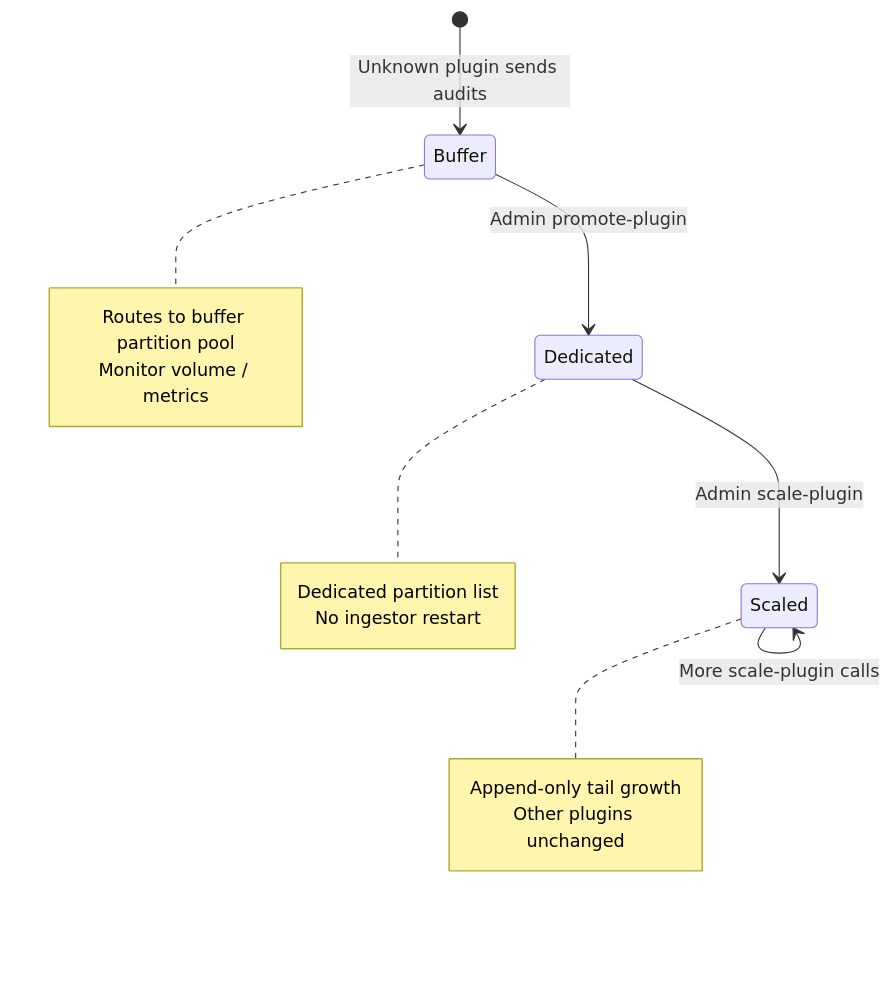
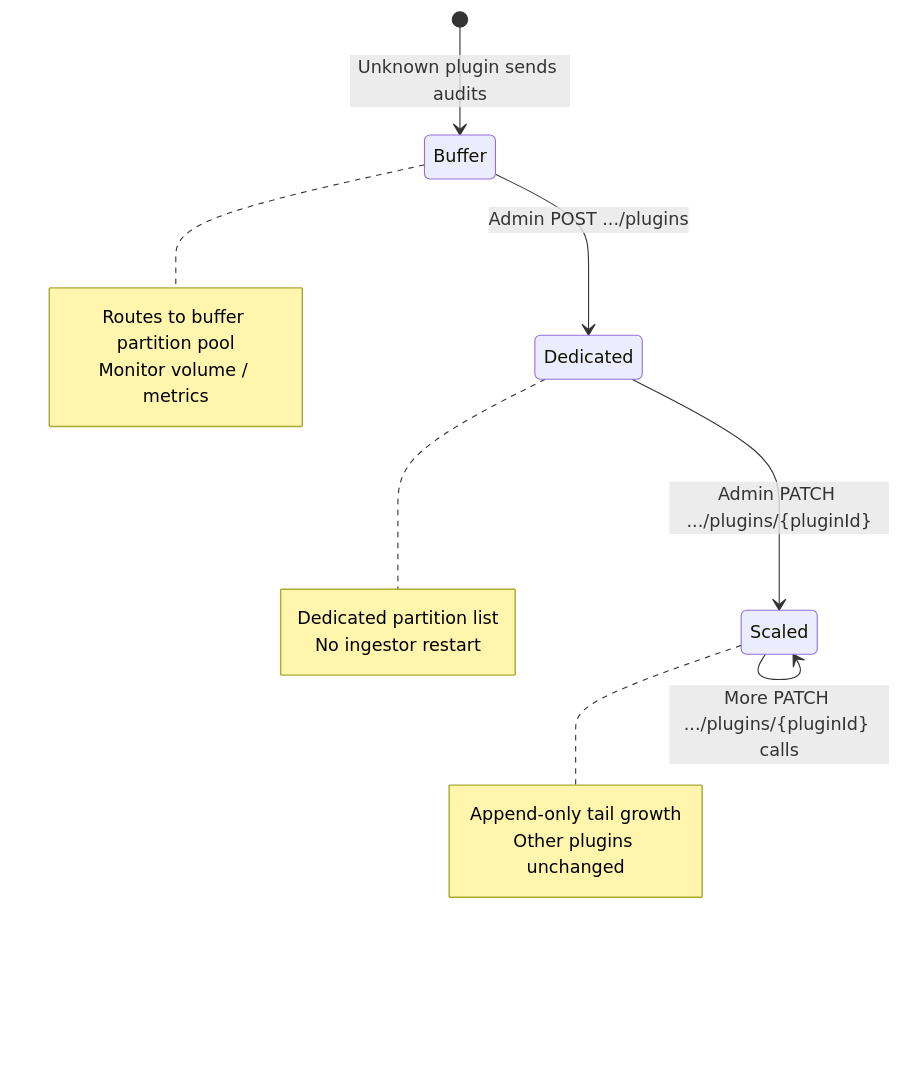
Before and after one commit to ramackri/ranger: the seventh of 10 diagrams in audit-server/DESIGN-KAFKA-DYNAMIC-PARTITIONING.md, drawn with Mermaid. The commit also changed other lines of this file and 50 other files, not shown here.

````diff
--- a/audit-server/DESIGN-KAFKA-DYNAMIC-PARTITIONING.md
+++ b/audit-server/DESIGN-KAFKA-DYNAMIC-PARTITIONING.md
@@ -357,22 +358,22 @@
 ```mermaid
 stateDiagram-v2
   [*] --> Buffer: Unknown plugin sends audits
-  Buffer --> Dedicated: Admin promote-plugin
-  Dedicated --> Scaled: Admin scale-plugin
-  Scaled --> Scaled: More scale-plugin calls
+  Buffer --> Dedicated: Admin POST .../plugins
+  Dedicated --> Scaled: Admin PATCH .../plugins/{pluginId}
+  Scaled --> Scaled: More PATCH .../plugins/{pluginId} calls
 
   note right of Buffer
     Routes to buffer partition pool
     Monitor volume / metrics
   end note
 
   note right of Dedicated
     Dedicated partition list
     No ingestor restart
   end note
 
   note right of Scaled
     Append-only tail growth
     Other plugins unchanged
   end note
 ```
````
